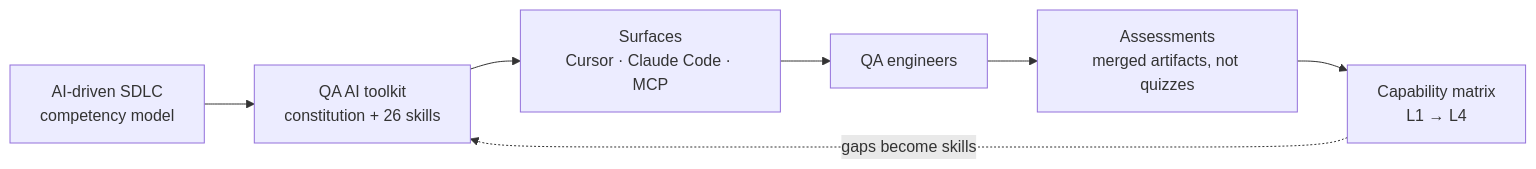
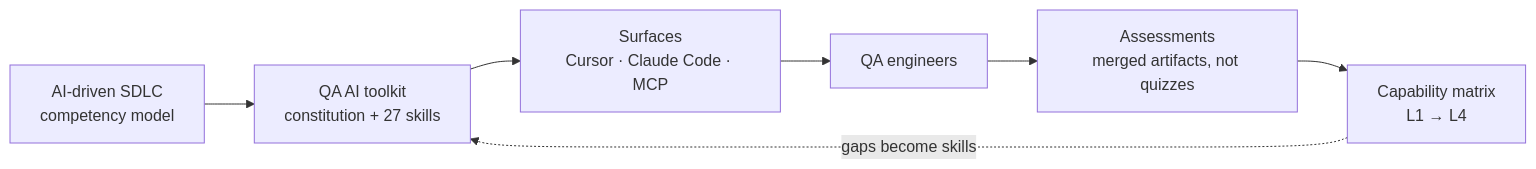
Before and after one commit to georgikazandzhiev-code/ai-native-qa-toolkit: the diagram in GOVERNANCE.md, drawn with Mermaid. The commit also changed other lines of this file and 11 other files, not shown here.

````diff
--- a/GOVERNANCE.md
+++ b/GOVERNANCE.md
@@ -15,9 +15,9 @@
 ```mermaid
 flowchart LR
-  A["AI-driven SDLC<br/>competency model"] --> B["QA AI toolkit<br/>constitution + 26 skills"]
+  A["AI-driven SDLC<br/>competency model"] --> B["QA AI toolkit<br/>constitution + 27 skills"]
   B --> C["Surfaces<br/>Cursor · Claude Code · MCP"]
   C --> D["QA engineers"]
   D --> E["Assessments<br/>merged artifacts, not quizzes"]
   E --> F["Capability matrix<br/>L1 → L4"]
   F -.->|"gaps become skills"| B
 ```
````
